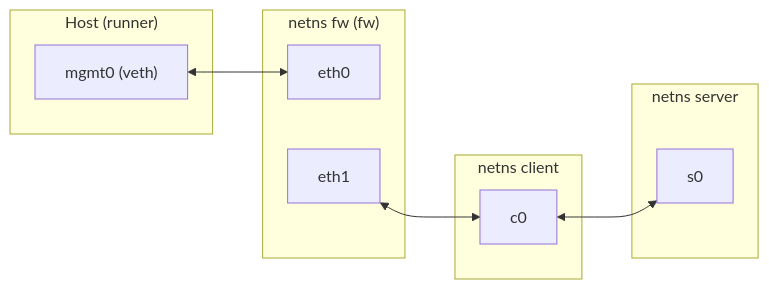
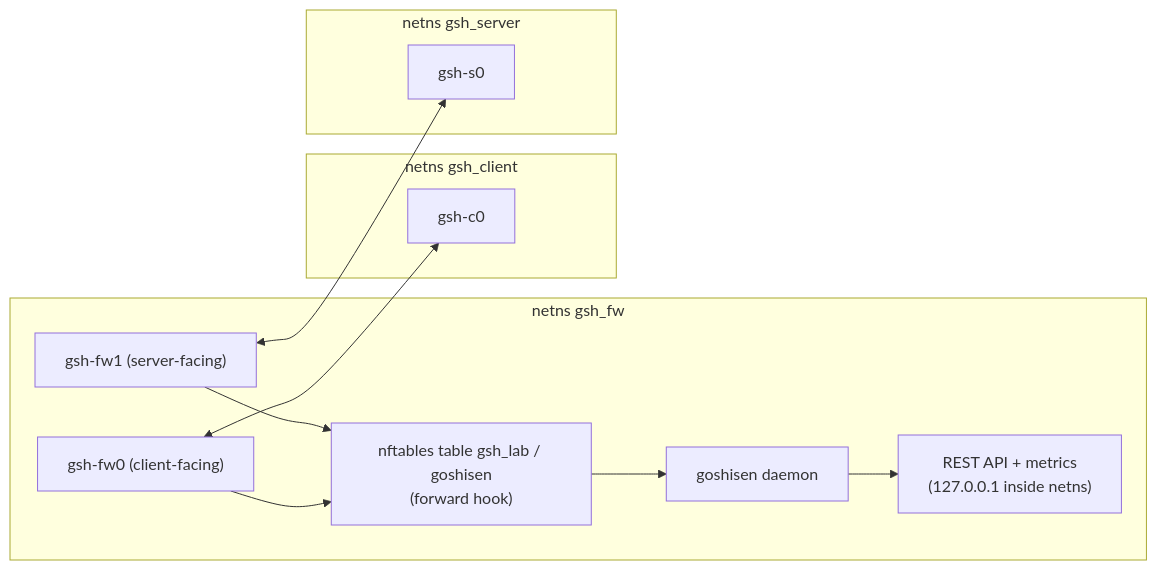
The second of 2 diagrams in docs/design/architecture.md (88kbleirad/GoShiSen-Enforce), drawn with Mermaid before and after one commit. The commit also changed other lines of this file and 5 other files, not shown here.

````diff
--- a/docs/design/architecture.md
+++ b/docs/design/architecture.md
@@ -264,20 +261,17 @@
 ```mermaid
 flowchart LR
-    subgraph host["Host (runner)"]
-        mgmt["mgmt0 (veth)"] 
+    subgraph fw["netns gsh_fw"]
+        fw0["gsh-fw0 (client-facing)"] --> FORWARD
+        fw1["gsh-fw1 (server-facing)"] --> FORWARD
+        FORWARD["nftables table gsh_lab / goshisen\n(forward hook)"] --> DAEMON["goshisen daemon"]
+        DAEMON --> API["REST API + metrics\n(127.0.0.1 inside netns)"]
     end
-    subgraph fw["netns fw (fw)"]
-        eth0["eth0"] 
-        eth1["eth1"]
+    subgraph client["netns gsh_client"]
+        c0["gsh-c0"]
     end
-    subgraph client["netns client"]
-        c0["c0"]
+    subgraph server["netns gsh_server"]
+        s0["gsh-s0"]
     end
-    subgraph server["netns server"]
-        s0["s0"]
-    end
-    mgmt <--> eth0
-    eth1 <--> c0
-    eth1 ~~~ s0
-    c0 <--> s0
+    fw0 <--> c0
+    fw1 <--> s0
 ```
````
